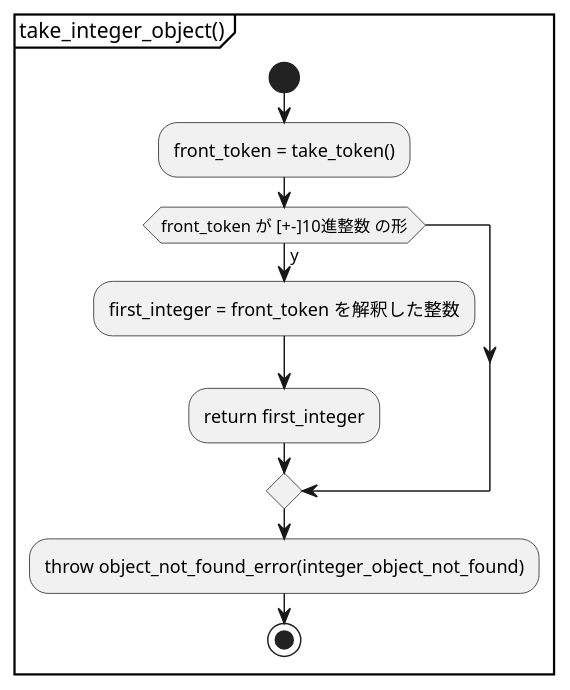
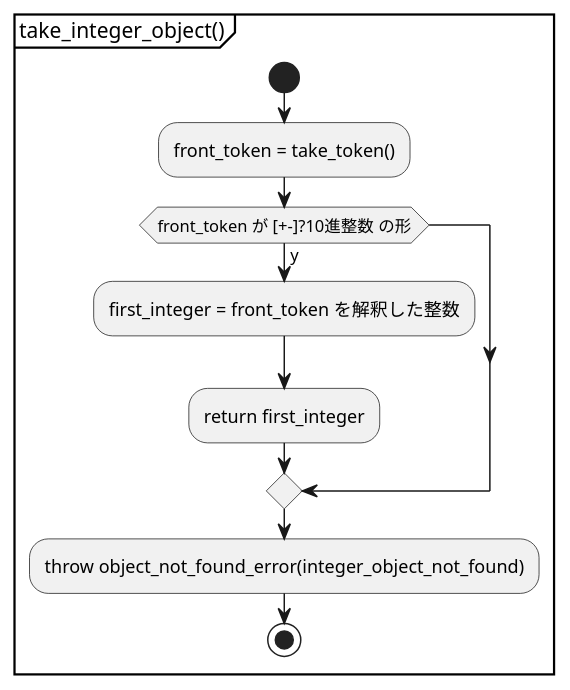
Before and after one commit to KodaiYM/PDFReader: the eighth of 17 diagrams in document/stream_parser.activity.pu, drawn with PlantUML. The commit also changed other lines of this file, not shown here.

Commit message:
修正したバグを設計書に反映

```diff
--- a/document/stream_parser.activity.pu
+++ b/document/stream_parser.activity.pu
@@ -195,14 +195,14 @@
 @startuml take_integer_object
 partition "take_integer_object()" {
 start
 	:front_token = take_token();
 
-	if (front_token が [+-]10進整数 の形) then (y)
+	if (front_token が [+-]?10進整数 の形) then (y)
 		:first_integer = front_token を解釈した整数;
 		:return first_integer;
 	endif
 
 	:throw object_not_found_error(integer_object_not_found);
 stop
 }
 @enduml
```
